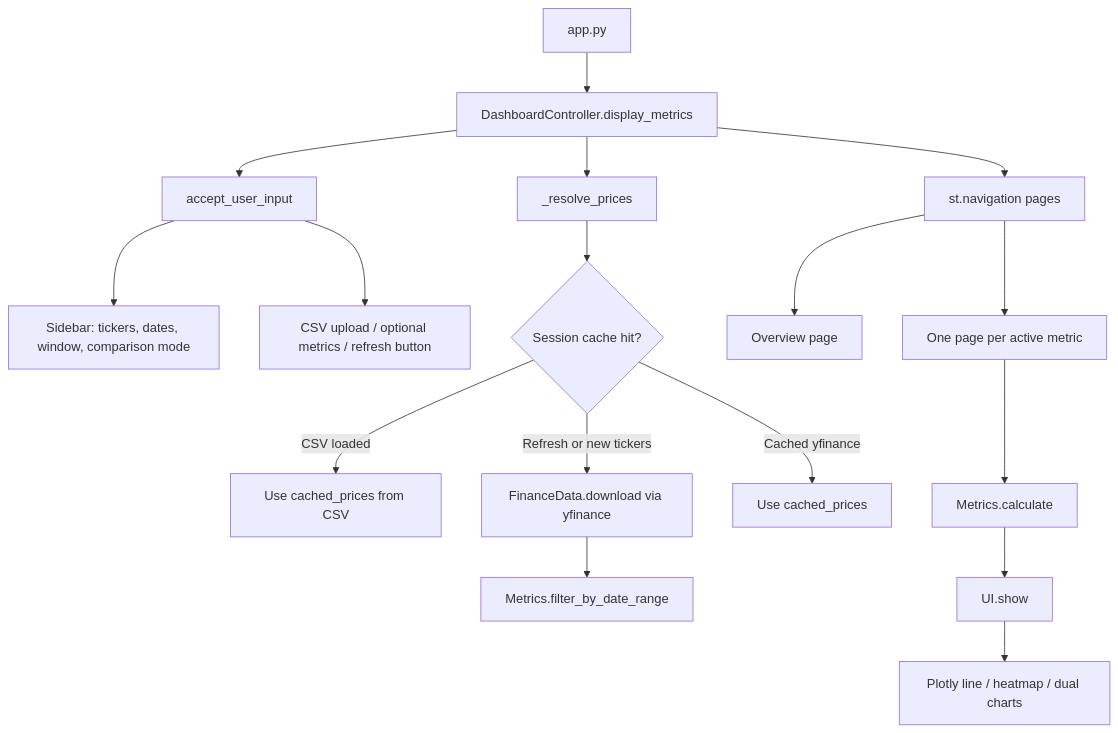
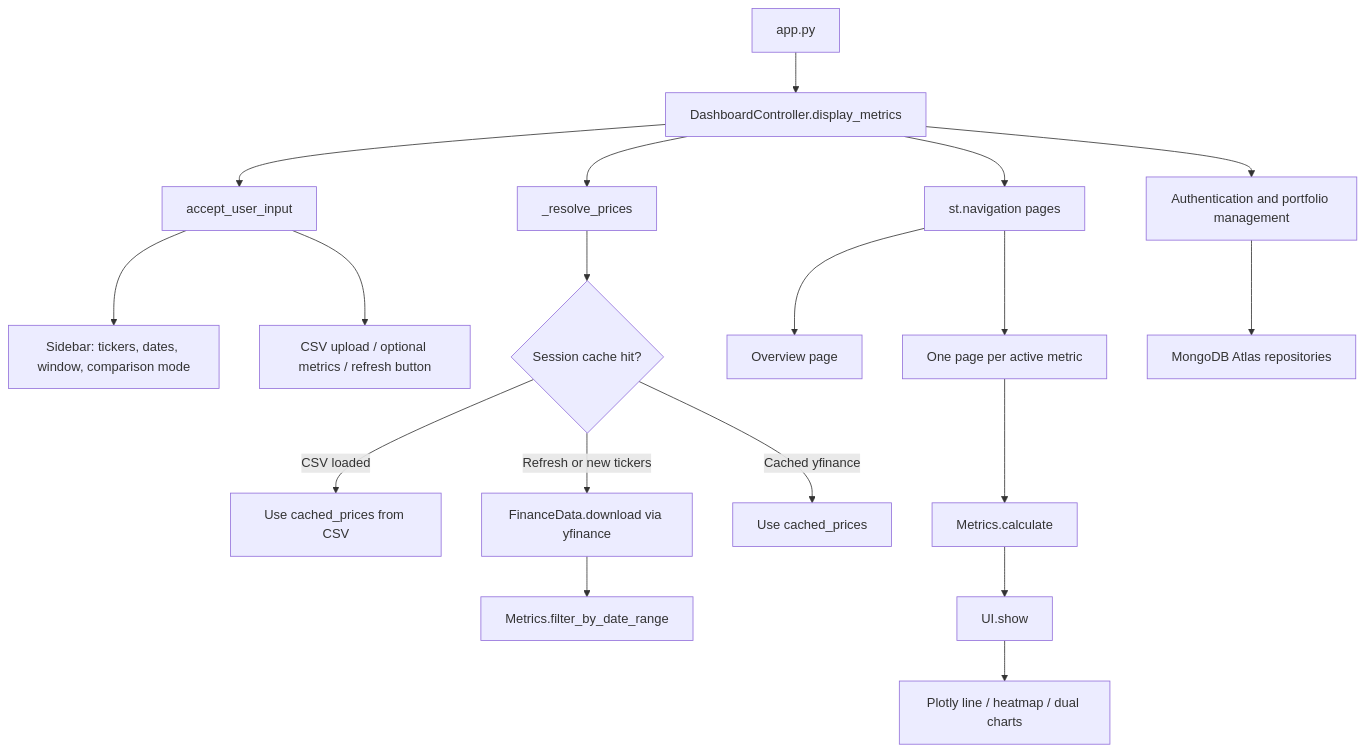
Before and after one commit to skyel123/stock-recommendation-system: the diagram in AGENTS.md, drawn with Mermaid. The commit also changed other lines of this file and 17 other files, not shown here.

Commit message:
Portfolio management feature added

````diff
--- a/AGENTS.md
+++ b/AGENTS.md
@@ -37,23 +37,25 @@
 ```mermaid
 flowchart TD
     A[app.py] --> B[DashboardController.display_metrics]
     B --> C[accept_user_input]
     B --> D[_resolve_prices]
     B --> E[st.navigation pages]
 
     C --> C1[Sidebar: tickers, dates, window, comparison mode]
     C --> C2[CSV upload / optional metrics / refresh button]
 
     D --> D1{Session cache hit?}
     D1 -->|CSV loaded| D2[Use cached_prices from CSV]
     D1 -->|Refresh or new tickers| D3[FinanceData.download via yfinance]
     D1 -->|Cached yfinance| D4[Use cached_prices]
     D3 --> D5[Metrics.filter_by_date_range]
 
     E --> E1[Overview page]
     E --> E2[One page per active metric]
+    B --> H[Authentication and portfolio management]
 
     E2 --> F[Metrics.calculate]
     F --> G[UI.show]
     G --> G1[Plotly line / heatmap / dual charts]
+    H --> H1[MongoDB Atlas repositories]
 ```
````
